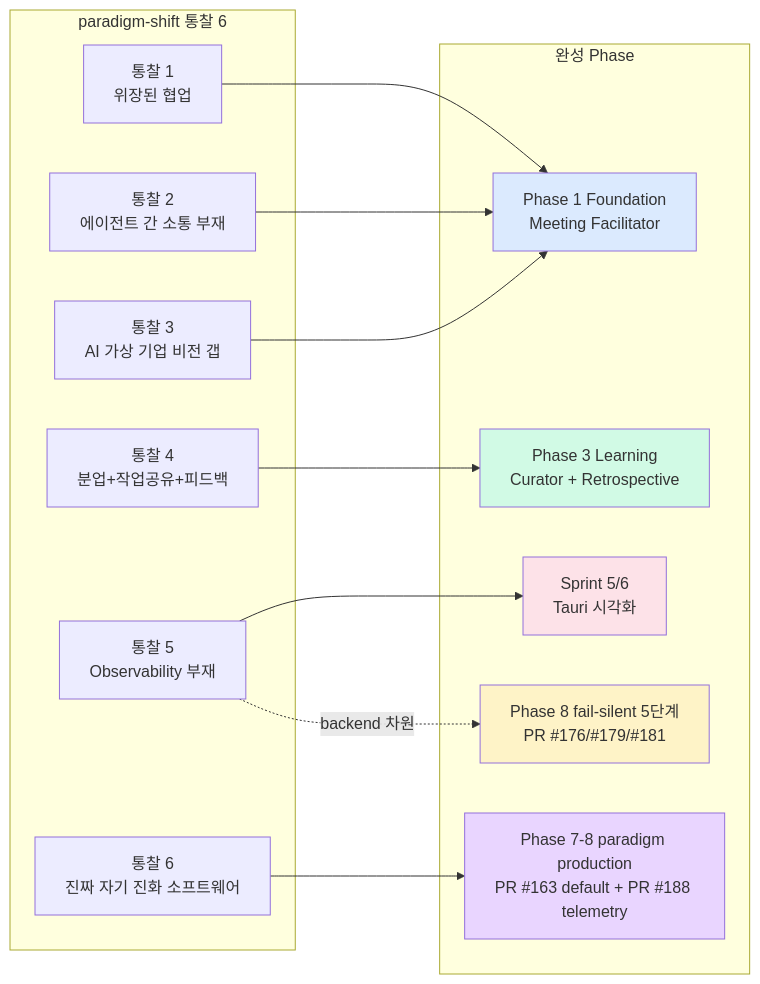
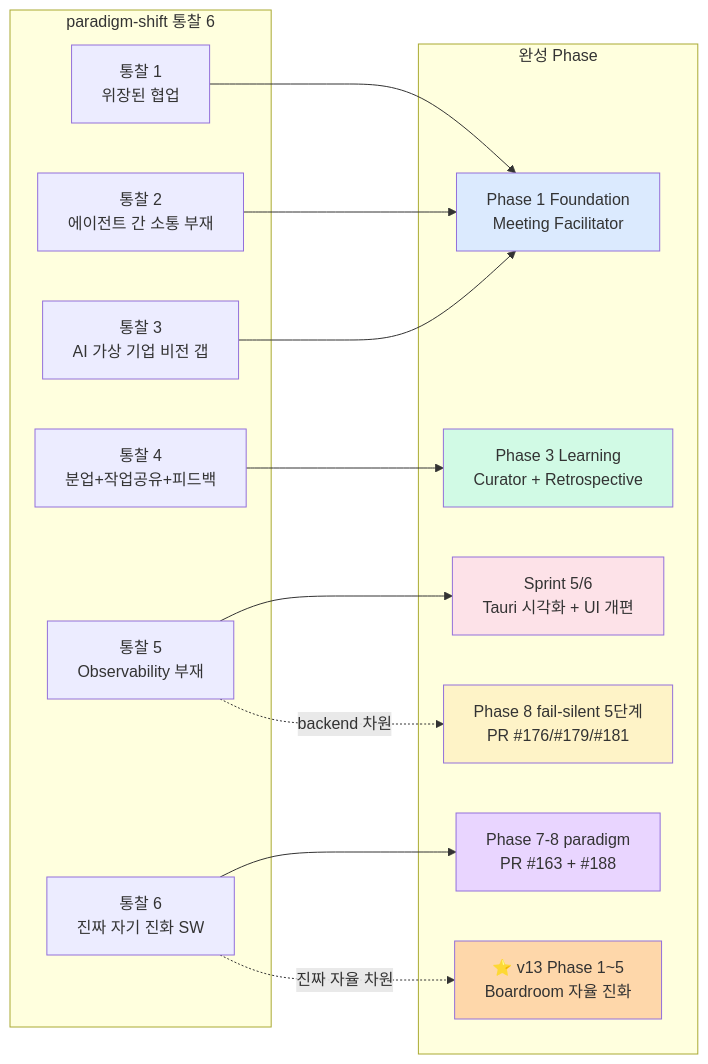
The third of 4 diagrams in docs/architecture/phase_progress.md (SongJongwon/nexus-alpha), drawn with Mermaid before and after one commit. The commit also changed other lines of this file and 4 other files, not shown here.

First line of the commit message:
📐 docs: v13 동기화 — 5 docs 일괄 갱신 (구성안 v8 신설 + agent_org_chart + phase_progress + system_architecture + WORK_STATUS) (#214)

````diff
--- a/docs/architecture/phase_progress.md
+++ b/docs/architecture/phase_progress.md
@@ -106,33 +106,36 @@
 ```mermaid
 graph LR
     subgraph insights["paradigm-shift 통찰 6"]
         I1[통찰 1<br/>위장된 협업]
         I2[통찰 2<br/>에이전트 간 소통 부재]
         I3[통찰 3<br/>AI 가상 기업 비전 갭]
         I4[통찰 4<br/>분업+작업공유+피드백]
         I5[통찰 5<br/>Observability 부재]
-        I6[통찰 6<br/>진짜 자기 진화 소프트웨어]
+        I6[통찰 6<br/>진짜 자기 진화 SW]
     end
 
     subgraph phases["완성 Phase"]
         P_K[Phase 1 Foundation<br/>Meeting Facilitator]
         P_L[Phase 3 Learning<br/>Curator + Retrospective]
         P_FS[Phase 8 fail-silent 5단계<br/>PR #176/#179/#181]
-        P_PD[Phase 7-8 paradigm production<br/>PR #163 default + PR #188 telemetry]
-        P_S5[Sprint 5/6<br/>Tauri 시각화]
+        P_PD[Phase 7-8 paradigm<br/>PR #163 + #188]
+        P_S5[Sprint 5/6<br/>Tauri 시각화 + UI 개편]
+        P_V13[⭐ v13 Phase 1~5<br/>Boardroom 자율 진화]
     end
 
     I1 --> P_K
     I2 --> P_K
     I3 --> P_K
     I4 --> P_L
     I5 --> P_S5
     I5 -.->|backend 차원| P_FS
     I6 --> P_PD
+    I6 -.->|진짜 자율 차원| P_V13
 
     style P_K fill:#dbeafe
     style P_L fill:#d1fae5
     style P_FS fill:#fef3c7
     style P_PD fill:#e9d5ff
     style P_S5 fill:#fde2e8
+    style P_V13 fill:#fed7aa
 ```
````
